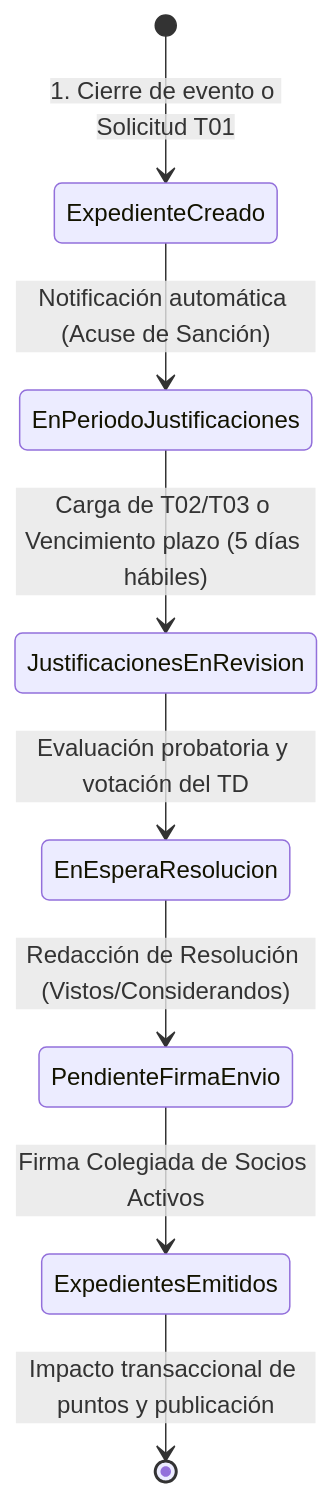
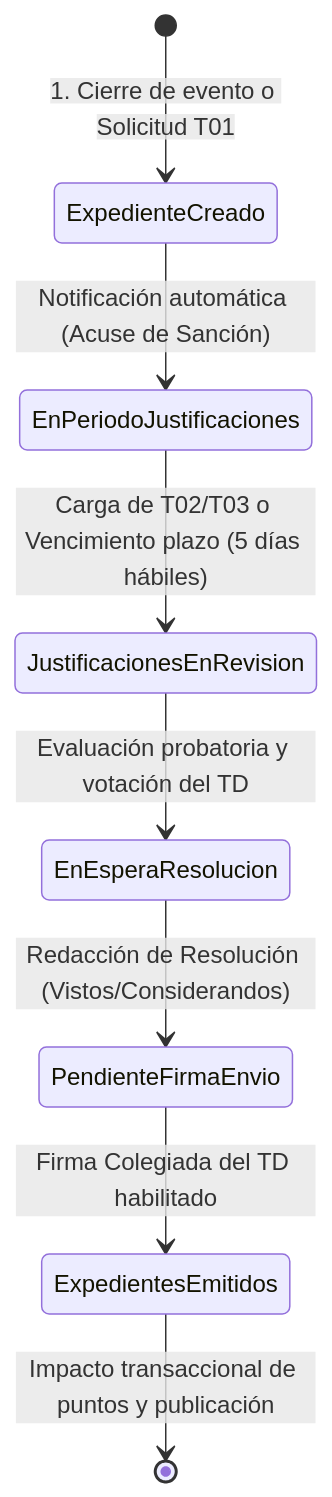
The second of 2 diagrams in README.md (MartinG94/seminario-integrador), drawn with Mermaid before and after one commit. The commit also changed other lines of this file and 154 other files, not shown here.

````diff
--- a/README.md
+++ b/README.md
@@ -110,10 +109,10 @@
 ```mermaid
 stateDiagram-v2
     [*] --> ExpedienteCreado: 1. Cierre de evento o Solicitud T01
     ExpedienteCreado --> EnPeriodoJustificaciones: Notificación automática (Acuse de Sanción)
     EnPeriodoJustificaciones --> JustificacionesEnRevision: Carga de T02/T03 o Vencimiento plazo (5 días hábiles)
     JustificacionesEnRevision --> EnEsperaResolucion: Evaluación probatoria y votación del TD
     EnEsperaResolucion --> PendienteFirmaEnvio: Redacción de Resolución (Vistos/Considerandos)
-    PendienteFirmaEnvio --> ExpedientesEmitidos: Firma Colegiada de Socios Activos
+    PendienteFirmaEnvio --> ExpedientesEmitidos: Firma Colegiada del TD habilitado
     ExpedientesEmitidos --> [*]: Impacto transaccional de puntos y publicación
 ```
````
